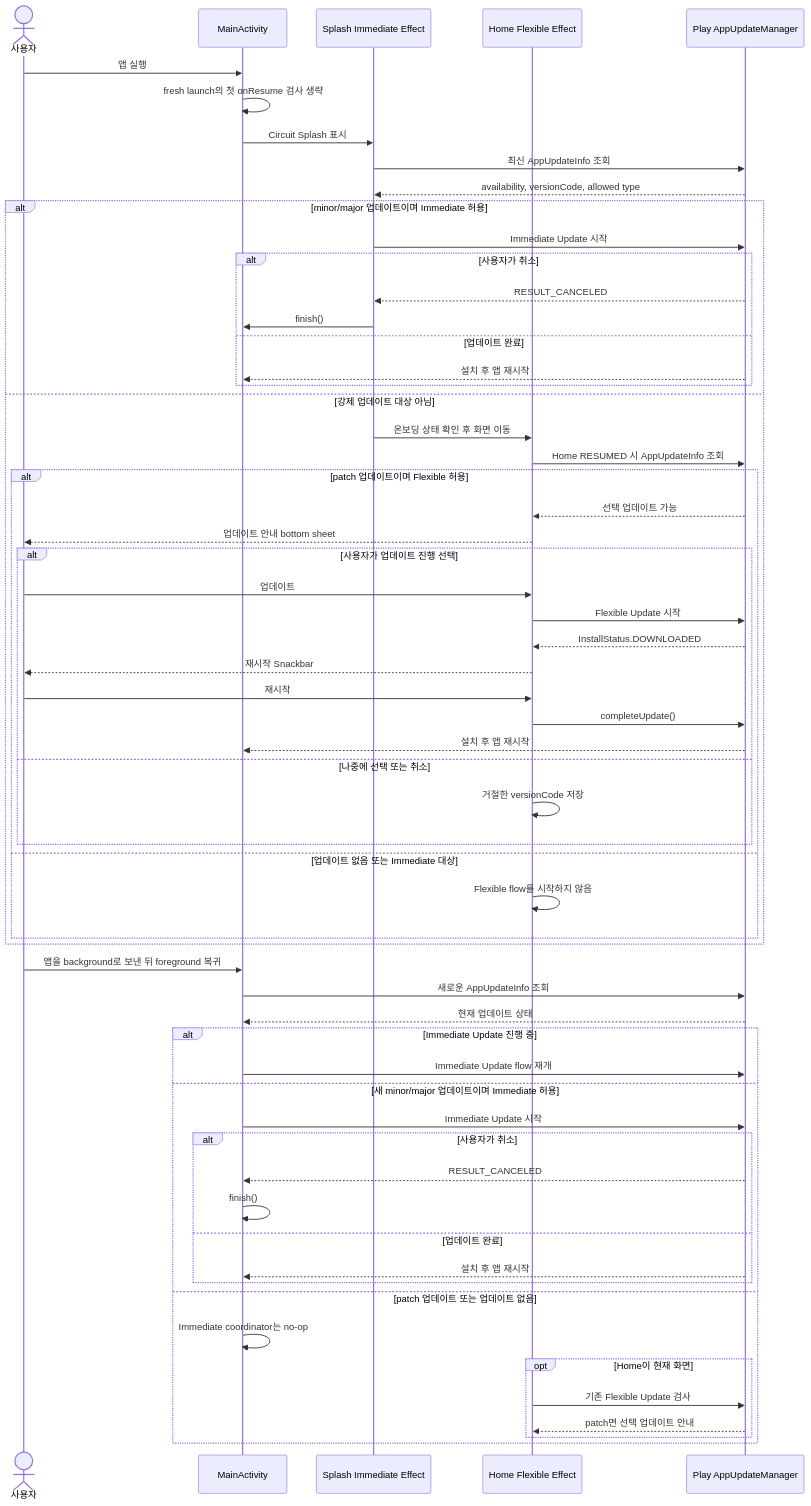
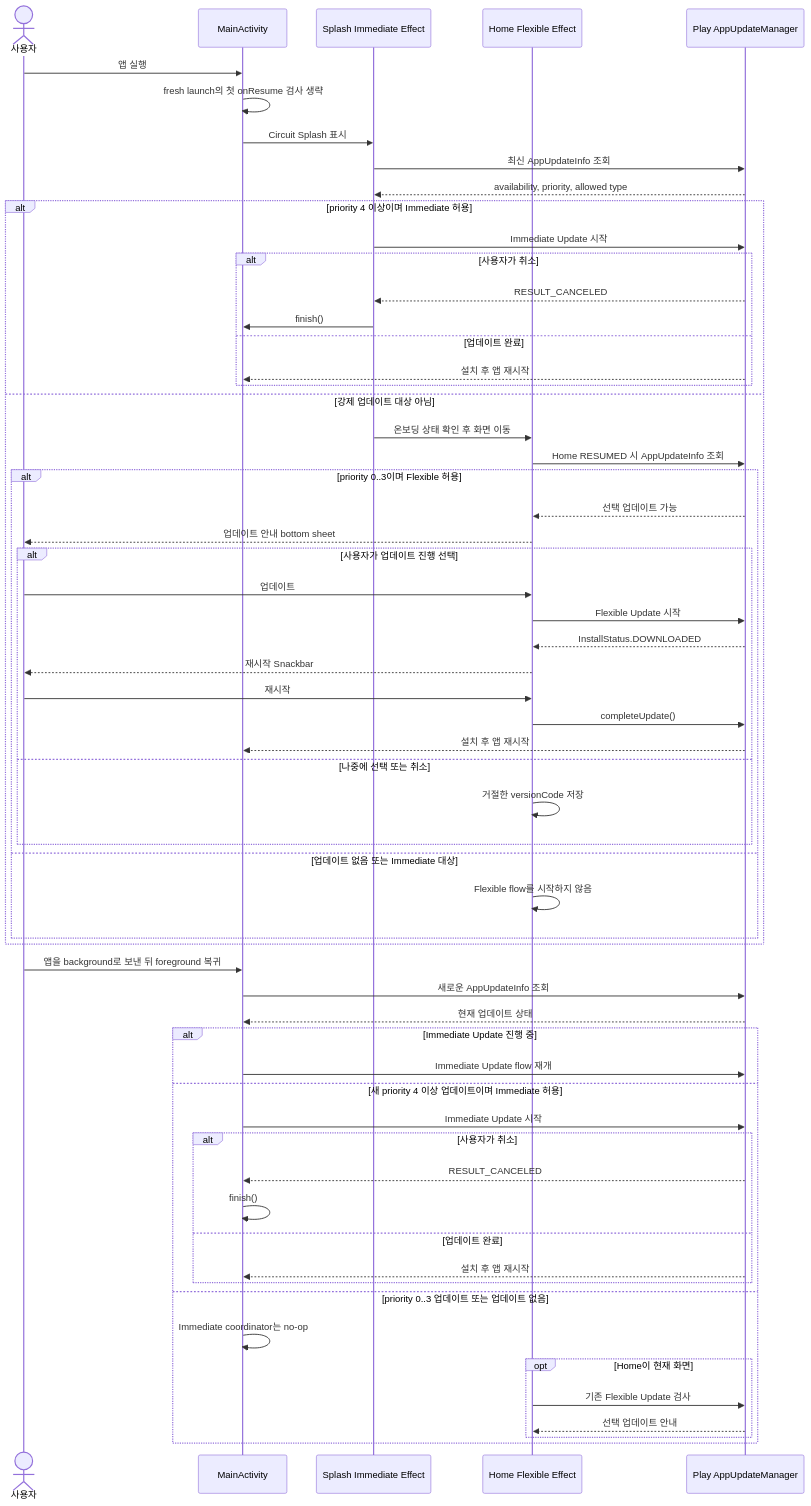
Before and after one commit to Nexters/BandalArt-KMP: the diagram in docs/features/updates/IN_APP_UPDATE_FOREGROUND_STRATEGY.md, drawn with Mermaid. The commit also changed other lines of this file and 12 other files, not shown here.

````diff
--- a/docs/features/updates/IN_APP_UPDATE_FOREGROUND_STRATEGY.md
+++ b/docs/features/updates/IN_APP_UPDATE_FOREGROUND_STRATEGY.md
@@ -50,66 +57,66 @@
 ```mermaid
 sequenceDiagram
     actor User as 사용자
     participant Activity as MainActivity
     participant Splash as Splash Immediate Effect
     participant Home as Home Flexible Effect
     participant Play as Play AppUpdateManager
 
     User->>Activity: 앱 실행
     Activity->>Activity: fresh launch의 첫 onResume 검사 생략
     Activity->>Splash: Circuit Splash 표시
     Splash->>Play: 최신 AppUpdateInfo 조회
-    Play-->>Splash: availability, versionCode, allowed type
+    Play-->>Splash: availability, priority, allowed type
 
-    alt minor/major 업데이트이며 Immediate 허용
+    alt priority 4 이상이며 Immediate 허용
         Splash->>Play: Immediate Update 시작
         alt 사용자가 취소
             Play-->>Splash: RESULT_CANCELED
             Splash->>Activity: finish()
         else 업데이트 완료
             Play-->>Activity: 설치 후 앱 재시작
         end
     else 강제 업데이트 대상 아님
         Splash->>Home: 온보딩 상태 확인 후 화면 이동
         Home->>Play: Home RESUMED 시 AppUpdateInfo 조회
-        alt patch 업데이트이며 Flexible 허용
+        alt priority 0..3이며 Flexible 허용
             Play-->>Home: 선택 업데이트 가능
             Home-->>User: 업데이트 안내 bottom sheet
             alt 사용자가 업데이트 진행 선택
                 User->>Home: 업데이트
                 Home->>Play: Flexible Update 시작
                 Play-->>Home: InstallStatus.DOWNLOADED
                 Home-->>User: 재시작 Snackbar
                 User->>Home: 재시작
                 Home->>Play: completeUpdate()
                 Play-->>Activity: 설치 후 앱 재시작
             else 나중에 선택 또는 취소
                 Home->>Home: 거절한 versionCode 저장
             end
         else 업데이트 없음 또는 Immediate 대상
             Home->>Home: Flexible flow를 시작하지 않음
         end
     end
 
     User->>Activity: 앱을 background로 보낸 뒤 foreground 복귀
     Activity->>Play: 새로운 AppUpdateInfo 조회
     Play-->>Activity: 현재 업데이트 상태
 
     alt Immediate Update 진행 중
         Activity->>Play: Immediate Update flow 재개
-    else 새 minor/major 업데이트이며 Immediate 허용
+    else 새 priority 4 이상 업데이트이며 Immediate 허용
         Activity->>Play: Immediate Update 시작
         alt 사용자가 취소
             Play-->>Activity: RESULT_CANCELED
             Activity->>Activity: finish()
         else 업데이트 완료
             Play-->>Activity: 설치 후 앱 재시작
         end
-    else patch 업데이트 또는 업데이트 없음
+    else priority 0..3 업데이트 또는 업데이트 없음
         Activity->>Activity: Immediate coordinator는 no-op
         opt Home이 현재 화면
             Home->>Play: 기존 Flexible Update 검사
-            Play-->>Home: patch면 선택 업데이트 안내
+            Play-->>Home: 선택 업데이트 안내
         end
     end
 ```
````
